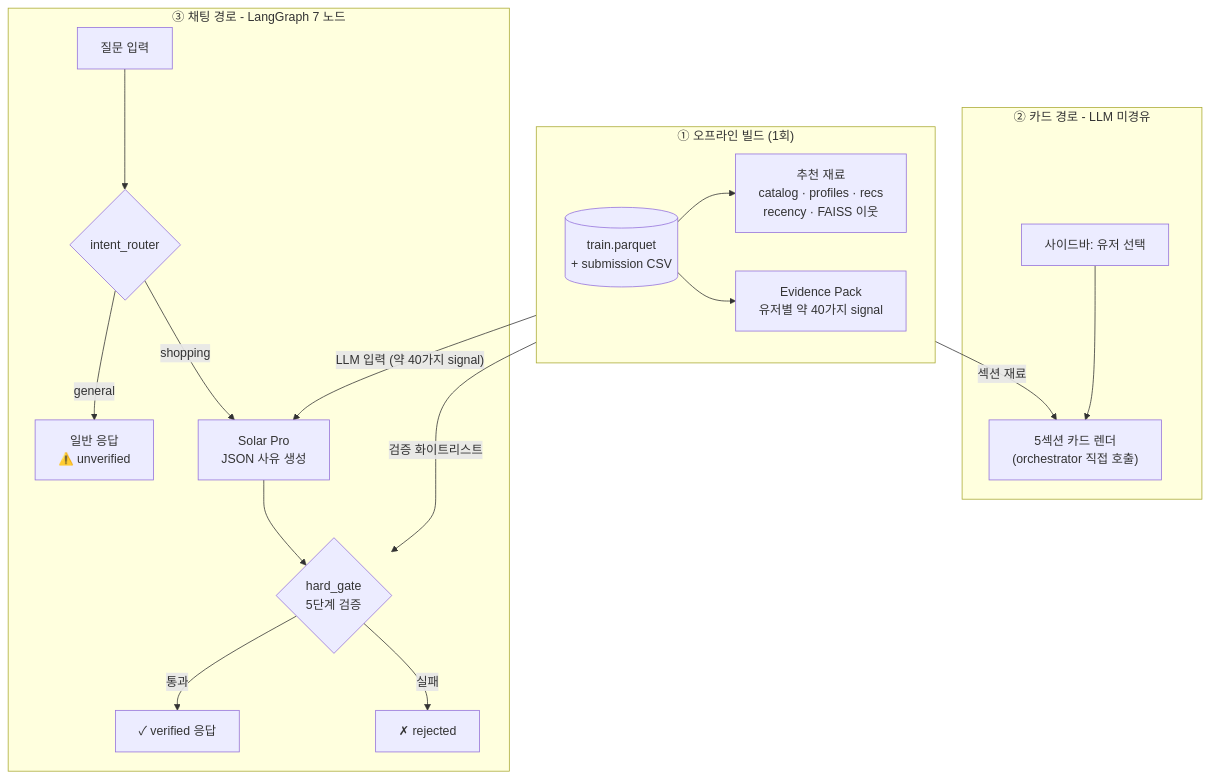
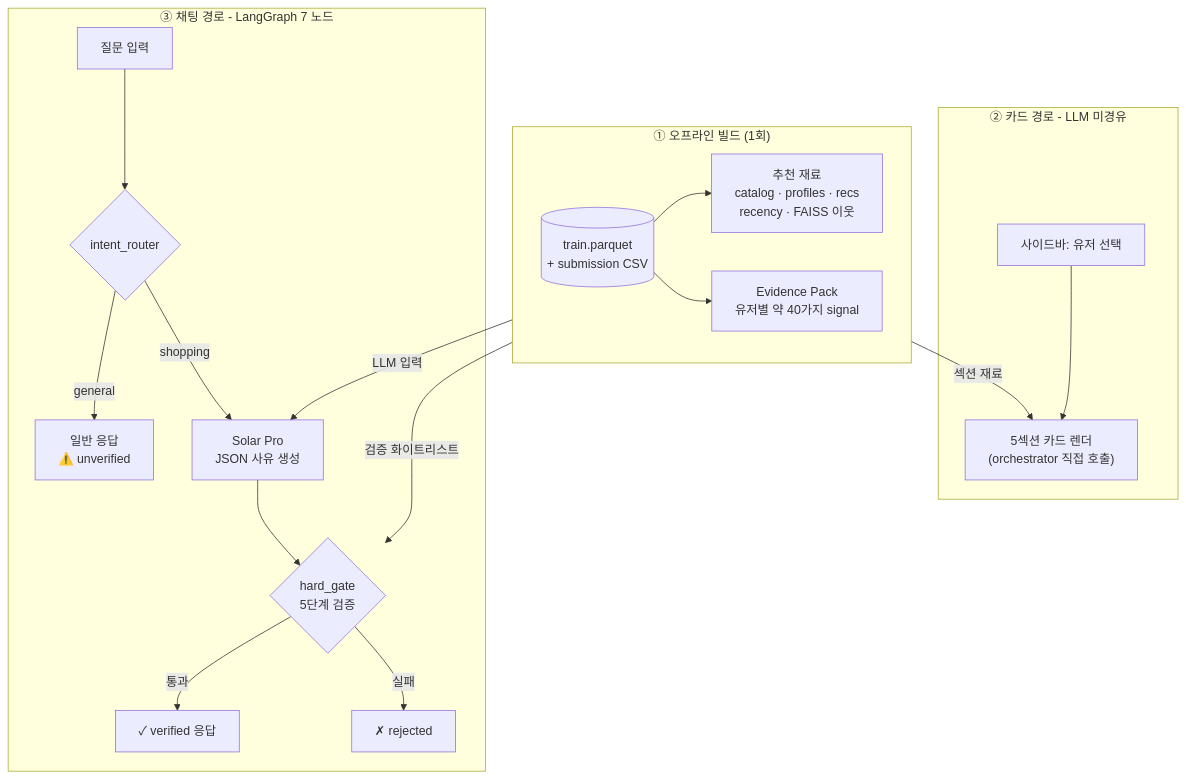
The first of 2 diagrams in service/README_mvp.md (yoon-chung/recsys-commerce), drawn with Mermaid before and after one commit.

````diff
--- a/service/README_mvp.md
+++ b/service/README_mvp.md
@@ -73,26 +73,26 @@
 ```mermaid
 flowchart TB
   subgraph offline ["① 오프라인 빌드 (1회)"]
     direction LR
     SRC[("train.parquet<br/>+ submission CSV")]
     SRC --> A1["추천 재료<br/>catalog · profiles · recs<br/>recency · FAISS 이웃"]
     SRC --> A2["Evidence Pack<br/>유저별 약 40가지 signal"]
   end
 
   subgraph cards ["② 카드 경로 - LLM 미경유"]
     SEL["사이드바: 유저 선택"] --> CARDS["5섹션 카드 렌더<br/>(orchestrator 직접 호출)"]
   end
 
   subgraph chat ["③ 채팅 경로 - LangGraph 7 노드"]
     Q["질문 입력"] --> RT{"intent_router"}
     RT -->|general| GEN["일반 응답<br/>⚠️ unverified"]
     RT -->|shopping| LLM["Solar Pro<br/>JSON 사유 생성"]
     LLM --> GATE{"hard_gate<br/>5단계 검증"}
     GATE -->|통과| OK["✓ verified 응답"]
     GATE -->|실패| BAD["✗ rejected"]
   end
 
   A1 -->|"섹션 재료"| CARDS
-  A2 -->|"LLM 입력 (약 40가지 signal)"| LLM
+  A2 -->|"LLM 입력"| LLM
   A2 -->|"검증 화이트리스트"| GATE
 ```
````
